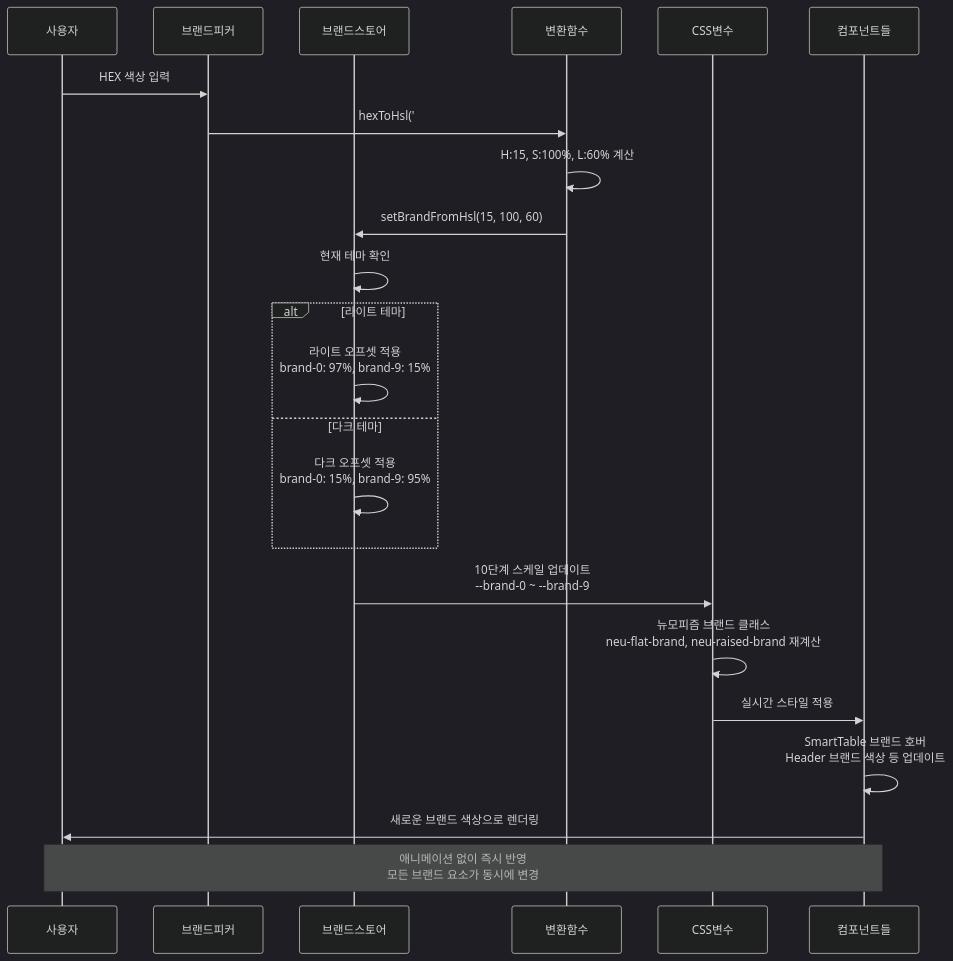
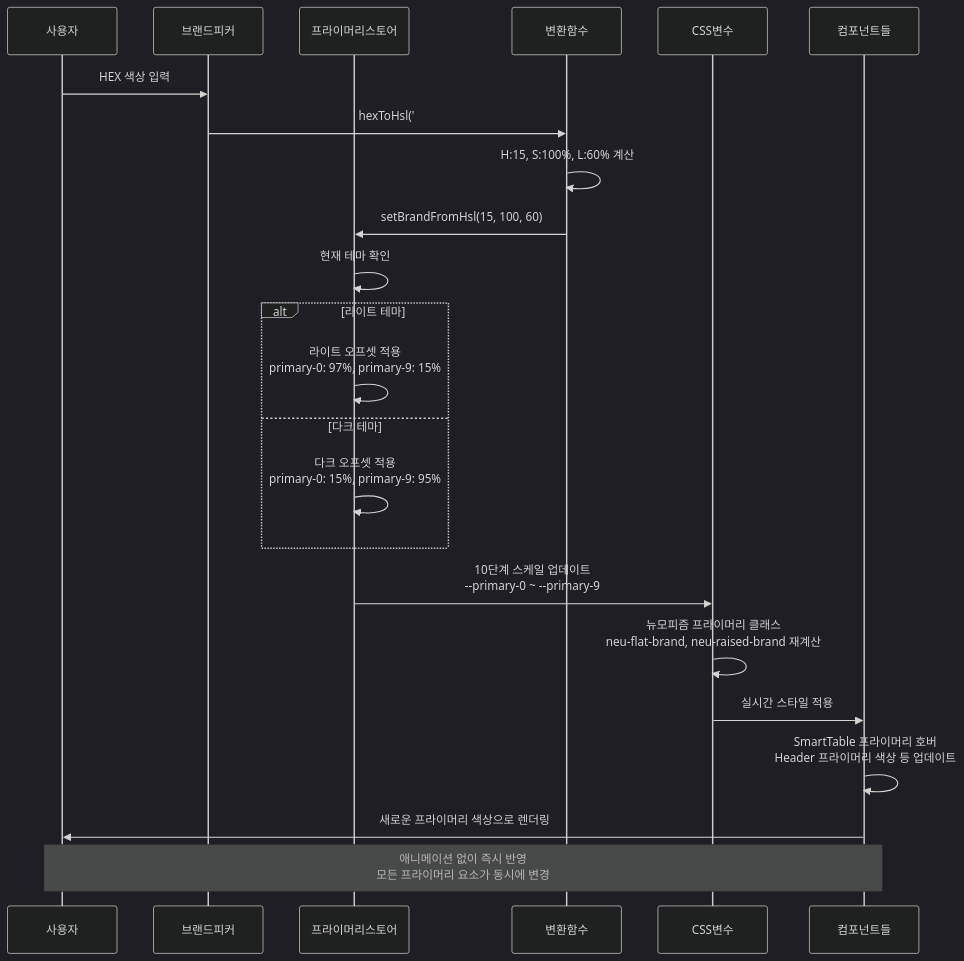
Before and after one commit to webcodur/next-temp: diagram 11 of 11 in src/styles/STYLE_GUIDE.md, drawn with Mermaid (dark theme). The commit also changed other lines of this file and 79 other files, not shown here.

````diff
--- a/src/styles/STYLE_GUIDE.md
+++ b/src/styles/STYLE_GUIDE.md
@@ -558,33 +558,33 @@
 ```mermaid
 sequenceDiagram
     participant 사용자
     participant 브랜드피커
-    participant 브랜드스토어
+    participant 프라이머리스토어
     participant 변환함수
     participant CSS변수
     participant 컴포넌트들
     
     사용자->>브랜드피커: HEX 색상 입력 #FF6B35
     브랜드피커->>변환함수: hexToHsl('#FF6B35')
     변환함수->>변환함수: H:15, S:100%, L:60% 계산
     
-    변환함수->>브랜드스토어: setBrandFromHsl(15, 100, 60)
-    브랜드스토어->>브랜드스토어: 현재 테마 확인
+    변환함수->>프라이머리스토어: setBrandFromHsl(15, 100, 60)
+    프라이머리스토어->>프라이머리스토어: 현재 테마 확인
     
     alt 라이트 테마
-        브랜드스토어->>브랜드스토어: 라이트 오프셋 적용<br/>brand-0: 97%, brand-9: 15%
+        프라이머리스토어->>프라이머리스토어: 라이트 오프셋 적용<br/>primary-0: 97%, primary-9: 15%
     else 다크 테마  
-        브랜드스토어->>브랜드스토어: 다크 오프셋 적용<br/>brand-0: 15%, brand-9: 95%
+        프라이머리스토어->>프라이머리스토어: 다크 오프셋 적용<br/>primary-0: 15%, primary-9: 95%
     end
     
-    브랜드스토어->>CSS변수: 10단계 스케일 업데이트<br/>--brand-0 ~ --brand-9
+    프라이머리스토어->>CSS변수: 10단계 스케일 업데이트<br/>--primary-0 ~ --primary-9
     
-    CSS변수->>CSS변수: 뉴모피즘 브랜드 클래스<br/>neu-flat-brand, neu-raised-brand 재계산
+    CSS변수->>CSS변수: 뉴모피즘 프라이머리 클래스<br/>neu-flat-brand, neu-raised-brand 재계산
     
     CSS변수->>컴포넌트들: 실시간 스타일 적용
-    컴포넌트들->>컴포넌트들: SmartTable 브랜드 호버<br/>Header 브랜드 색상 등 업데이트
+    컴포넌트들->>컴포넌트들: SmartTable 프라이머리 호버<br/>Header 프라이머리 색상 등 업데이트
     
-    컴포넌트들->>사용자: 새로운 브랜드 색상으로 렌더링
+    컴포넌트들->>사용자: 새로운 프라이머리 색상으로 렌더링
     
-    Note over 사용자,컴포넌트들: 애니메이션 없이 즉시 반영<br/>모든 브랜드 요소가 동시에 변경
+    Note over 사용자,컴포넌트들: 애니메이션 없이 즉시 반영<br/>모든 프라이머리 요소가 동시에 변경
 ```
````
